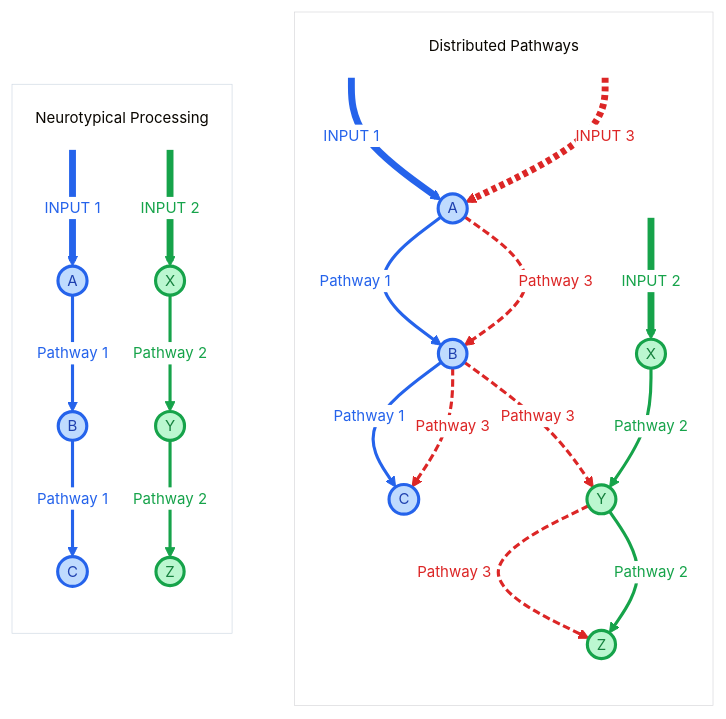
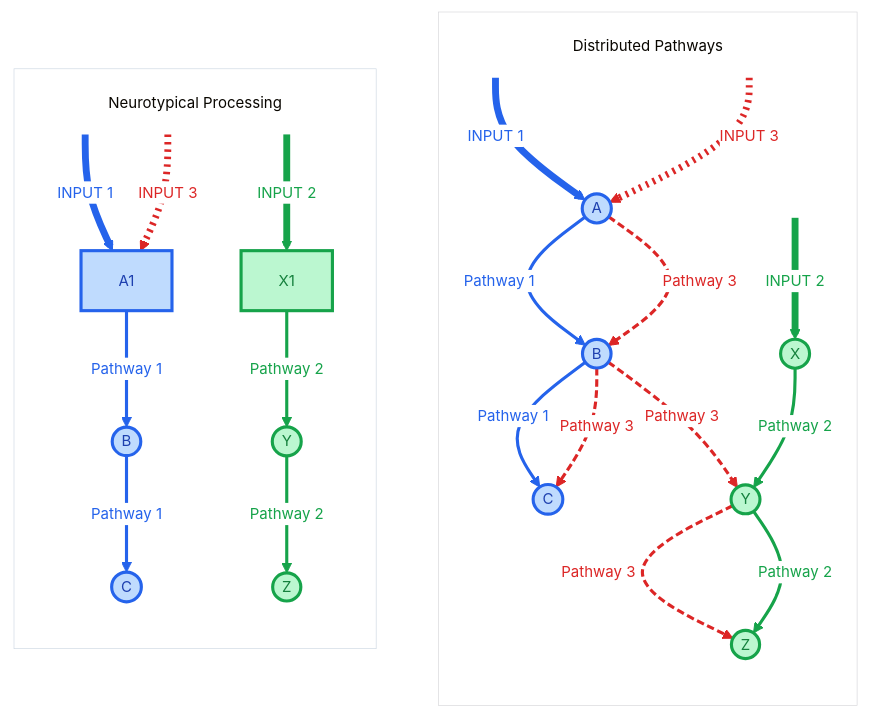
The diagram in docs/diagrams/dpm-comparison-side-by-side.mermaid (thiagosindra/higher-resolution-hypothesis), drawn with Mermaid before and after one commit. The commit also changed 1 other file, not shown here.

Commit message:
Updated side-by-side diagram to better show input 3 in NT

```diff
--- a/docs/diagrams/dpm-comparison-side-by-side.mermaid
+++ b/docs/diagrams/dpm-comparison-side-by-side.mermaid
@@ -1,98 +1,109 @@
 %%{init: {
   'theme': 'base',
   'flowchart': {
     'curve': 'basis',
     'wrappingWidth': 20,
     'useMaxWidth': true
   },
   'themeVariables': {
     'fontFamily': 'arial',
     'fontSize': '12px',
     'edgeLabelBackground': '#ffffff',
     'nodeSpacing': 80,
     'rankSpacing': 80
   }
 }}%%
 graph
     subgraph DPM["<br>Distributed Pathways"]
         direction TB
         I1A2(( ))
         I3A2(( ))
         I2X2(( ))
         A2((A))
         B2((B))
         C2((C))
         X2((X))
         Y2((Y))
         Z2((Z))
         I1A2 --> |INPUT 1| A2
         I3A2 --> |INPUT 3| A2
         A2 --> |Pathway 1| B2
         A2 --> |Pathway 3| B2
         I2X2 --> |INPUT 2| X2
         B2 --> |Pathway 1| C2
         B2 --> |Pathway 3| Y2
         B2 --> |Pathway 3| C2
         X2 --> |Pathway 2| Y2
         Y2 --> |Pathway 3| Z2
         Y2 --> |Pathway 2| Z2
     end
 
     subgraph NT["<br>Neurotypical Processing"]
         direction TB
-        IA1(( )) --> |INPUT 1| A1((A))
-        IX1(( )) --> |INPUT 2| X1((X))
-        A1 --> |Pathway 1| B1((B))
-        B1 --> |Pathway 1| C1((C))
-        X1 --> |Pathway 2| Y1((Y))
-        Y1 --> |Pathway 2| Z1((Z))
+        I1A1(( ))
+        I3A1(( ))
+        I2X1(( ))
+        B1((B))
+        C1((C))
+        Y1((Y))
+        Z1((Z))
+
+        I1A1 --> |INPUT 1| A1
+        I3A1 --> |INPUT 3| A1
+        I2X1 --> |INPUT 2| X1
+        A1 --> |Pathway 1| B1
+        B1 --> |Pathway 1| C1
+        X1 --> |Pathway 2| Y1
+        Y1 --> |Pathway 2| Z1
     end
 
     style NT fill:none,stroke:#cbd5e1,stroke-width:0.5px;
     style DPM fill:none,stroke:#d4d4d8,stroke-width:0.5px
 
     %% NT side - Blue network (A→B→C)
-    style IA1 fill:none,stroke:none
+    style I1A1 fill:none,stroke:none
+    style I3A1 fill:none,stroke:none
     style A1 fill:#bfdbfe,stroke:#2563eb,stroke-width:2.5px,color:#1e40af
     style B1 fill:#bfdbfe,stroke:#2563eb,stroke-width:2.5px,color:#1e40af
     style C1 fill:#bfdbfe,stroke:#2563eb,stroke-width:2.5px,color:#1e40af
 
     %% NT side - Green network (X→Y→Z)
-    style IX1 fill:none,stroke:none
+    style I2X1 fill:none,stroke:none
     style X1 fill:#bbf7d0,stroke:#16a34a,stroke-width:2.5px,color:#15803d
     style Y1 fill:#bbf7d0,stroke:#16a34a,stroke-width:2.5px,color:#15803d
     style Z1 fill:#bbf7d0,stroke:#16a34a,stroke-width:2.5px,color:#15803d
 
     %% DPM side - Blue network (A→B→C)
     style I1A2 fill:none,stroke:none
     style I3A2 fill:none,stroke:none
     style A2 fill:#bfdbfe,stroke:#2563eb,stroke-width:2.5px,color:#1e40af
     style B2 fill:#bfdbfe,stroke:#2563eb,stroke-width:2.5px,color:#1e40af
     style C2 fill:#bfdbfe,stroke:#2563eb,stroke-width:2.5px,color:#1e40af
 
     %% DPM side - Green network (X→Y→Z)
     style I2X2 fill:none,stroke:none
     style X2 fill:#bbf7d0,stroke:#16a34a,stroke-width:2.5px,color:#15803d
     style Y2 fill:#bbf7d0,stroke:#16a34a,stroke-width:2.5px,color:#15803d
     style Z2 fill:#bbf7d0,stroke:#16a34a,stroke-width:2.5px,color:#15803d
 
     %% NT side - solid within-network links
     linkStyle 11 stroke:#2563eb,stroke-width:5.5px,color:#2563eb
-    linkStyle 12 stroke:#16a34a,stroke-width:5.5px,color:#16a34a
-    linkStyle 13 stroke:#2563eb,stroke-width:2.5px,color:#2563eb
+    linkStyle 12 stroke:#dc2626,stroke-width:5.5px,color:#dc2626,stroke-dasharray: 2 4
+    linkStyle 13 stroke:#16a34a,stroke-width:5.5px,color:#16a34a
     linkStyle 14 stroke:#2563eb,stroke-width:2.5px,color:#2563eb
-    linkStyle 15 stroke:#16a34a,stroke-width:2.5px,color:#16a34a
+    linkStyle 15 stroke:#2563eb,stroke-width:2.5px,color:#2563eb
     linkStyle 16 stroke:#16a34a,stroke-width:2.5px,color:#16a34a
+    linkStyle 17 stroke:#16a34a,stroke-width:2.5px,color:#16a34a
 
     %% DPM side - solid within-network links + dashed cross-network link
     linkStyle 0 stroke:#2563eb,stroke-width:5.5px,color:#2563eb
-    linkStyle 1 stroke:#dc2626,stroke-width:5.5px,color:#dc2626,stroke-dasharray: 4 3
+    linkStyle 1 stroke:#dc2626,stroke-width:5.5px,color:#dc2626,stroke-dasharray: 2 4
     linkStyle 2 stroke:#2563eb,stroke-width:2.5px,color:#2563eb
     linkStyle 3 stroke:#dc2626,stroke-width:2.5px,color:#dc2626,stroke-dasharray: 6 3
     linkStyle 4 stroke:#16a34a,stroke-width:5.5px,color:#16a34a
     linkStyle 5 stroke:#2563eb,stroke-width:2.5px,color:#2563eb
     linkStyle 6 stroke:#dc2626,stroke-width:2.5px,color:#dc2626,stroke-dasharray: 6 3
     linkStyle 7 stroke:#dc2626,stroke-width:2.5px,color:#dc2626,stroke-dasharray: 6 3
     linkStyle 8 stroke:#16a34a,stroke-width:2.5px,color:#16a34a
     linkStyle 9 stroke:#dc2626,stroke-width:2.5px,color:#dc2626,stroke-dasharray: 6 3
     linkStyle 10 stroke:#16a34a,stroke-width:2.5px,color:#16a34a
```
